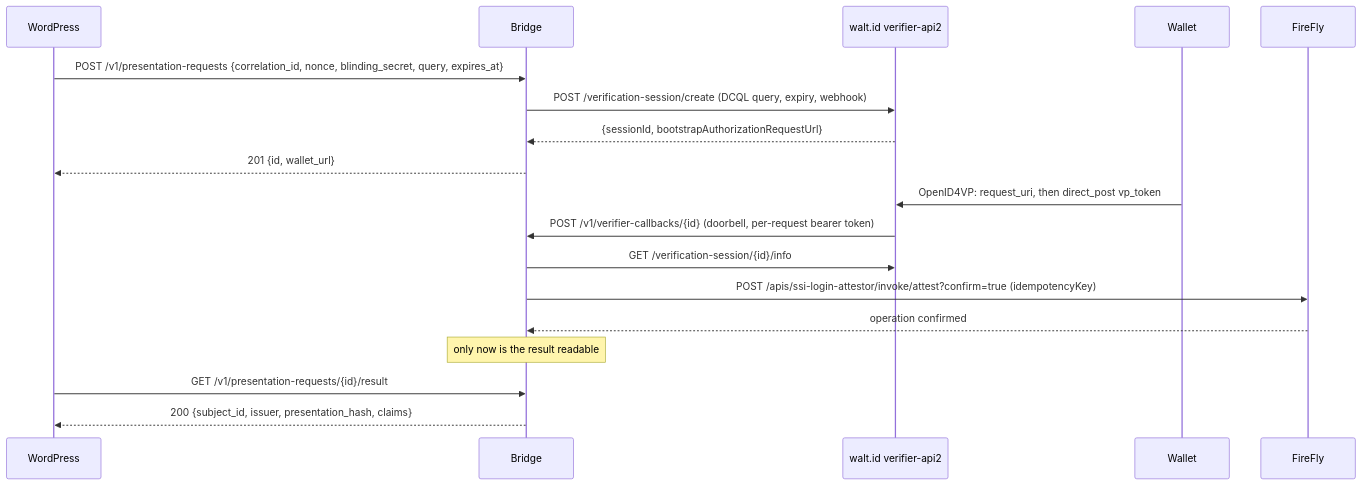
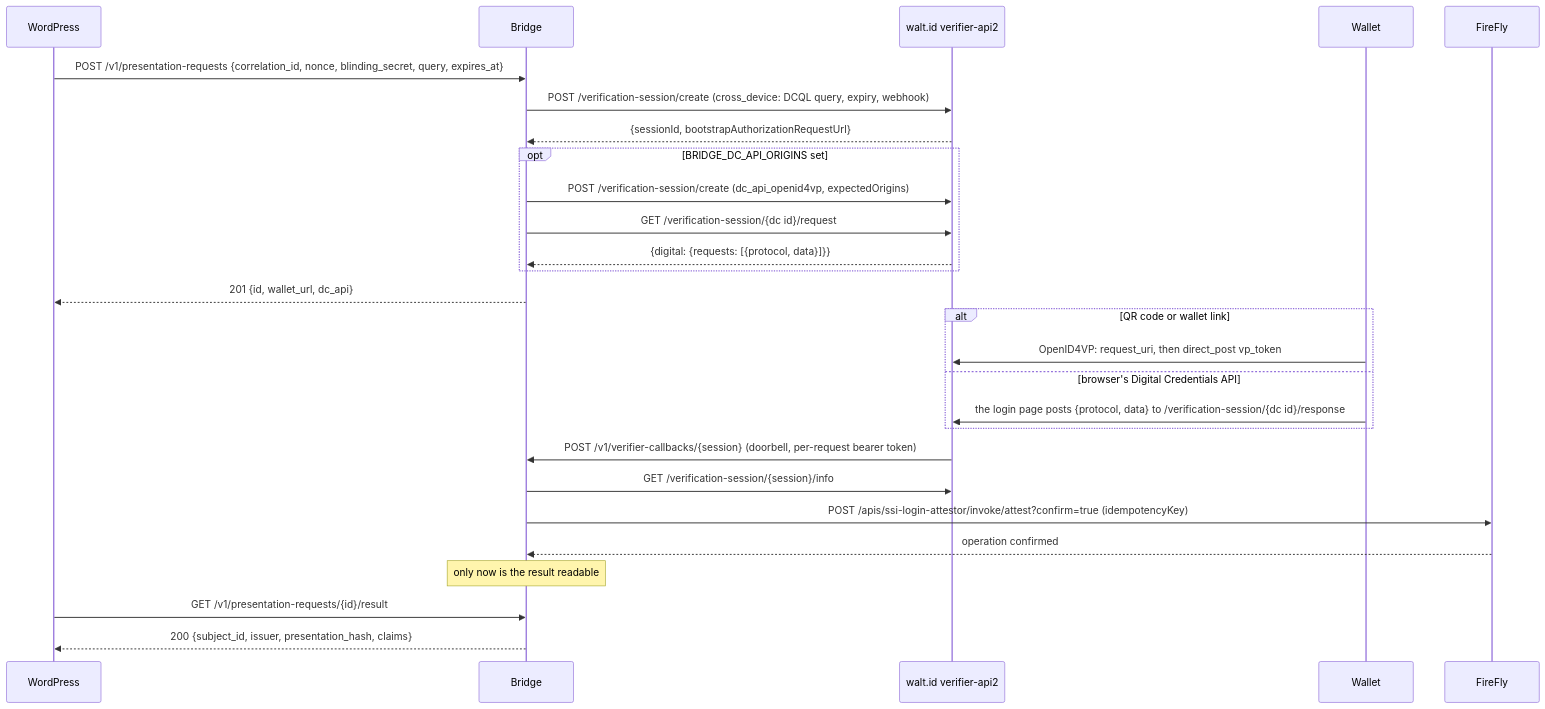
Before and after one commit to bloclabs-io/bloclabs-ssi-login: the diagram in bridge/README.md, drawn with Mermaid. The commit also changed other lines of this file and 19 other files, not shown here.

````diff
--- a/bridge/README.md
+++ b/bridge/README.md
@@ -9,21 +9,30 @@
 ```mermaid
 sequenceDiagram
     participant WP as WordPress
     participant BR as Bridge
     participant V as walt.id verifier-api2
     participant W as Wallet
     participant FF as FireFly
 
     WP->>BR: POST /v1/presentation-requests {correlation_id, nonce, blinding_secret, query, expires_at}
-    BR->>V: POST /verification-session/create (DCQL query, expiry, webhook)
+    BR->>V: POST /verification-session/create (cross_device: DCQL query, expiry, webhook)
     V-->>BR: {sessionId, bootstrapAuthorizationRequestUrl}
-    BR-->>WP: 201 {id, wallet_url}
-    W->>V: OpenID4VP: request_uri, then direct_post vp_token
-    V->>BR: POST /v1/verifier-callbacks/{id} (doorbell, per-request bearer token)
-    BR->>V: GET /verification-session/{id}/info
+    opt BRIDGE_DC_API_ORIGINS set
+        BR->>V: POST /verification-session/create (dc_api_openid4vp, expectedOrigins)
+        BR->>V: GET /verification-session/{dc id}/request
+        V-->>BR: {digital: {requests: [{protocol, data}]}}
+    end
+    BR-->>WP: 201 {id, wallet_url, dc_api}
+    alt QR code or wallet link
+        W->>V: OpenID4VP: request_uri, then direct_post vp_token
+    else browser's Digital Credentials API
+        W->>V: the login page posts {protocol, data} to /verification-session/{dc id}/response
+    end
+    V->>BR: POST /v1/verifier-callbacks/{session} (doorbell, per-request bearer token)
+    BR->>V: GET /verification-session/{session}/info
     BR->>FF: POST /apis/ssi-login-attestor/invoke/attest?confirm=true (idempotencyKey)
     FF-->>BR: operation confirmed
     Note over BR: only now is the result readable
     WP->>BR: GET /v1/presentation-requests/{id}/result
     BR-->>WP: 200 {subject_id, issuer, presentation_hash, claims}
 ```
````
